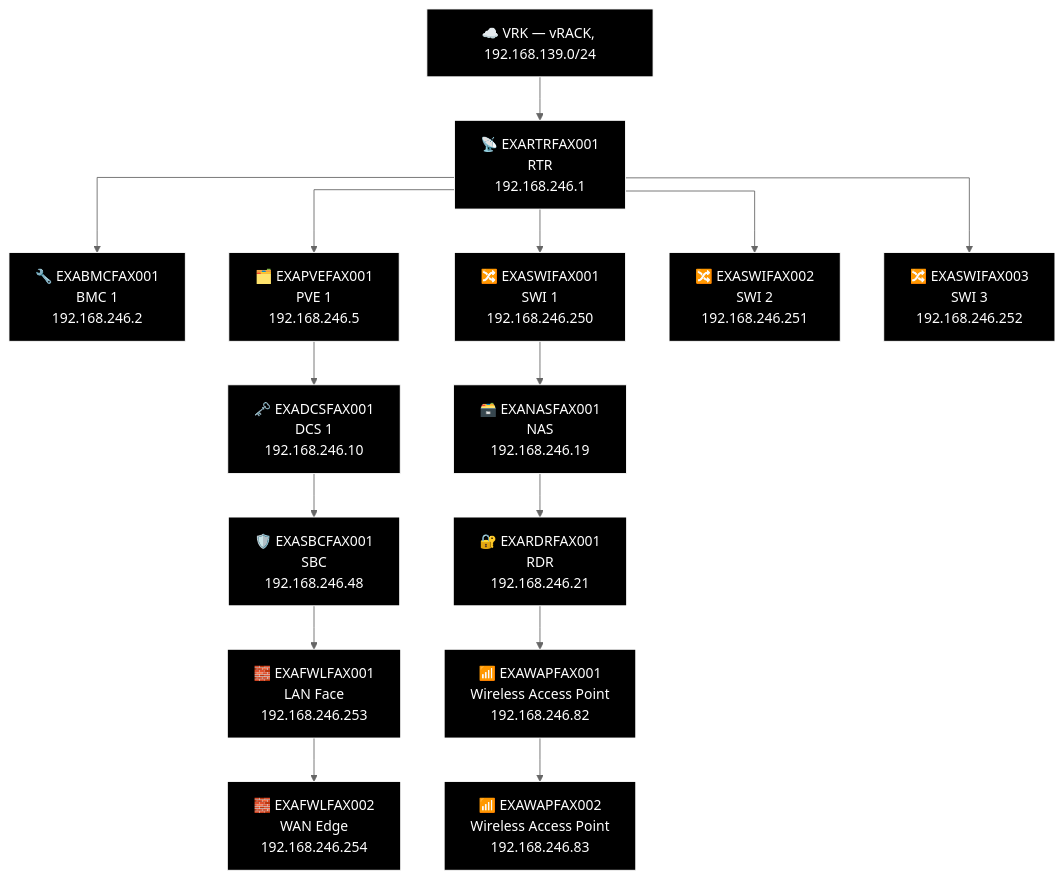
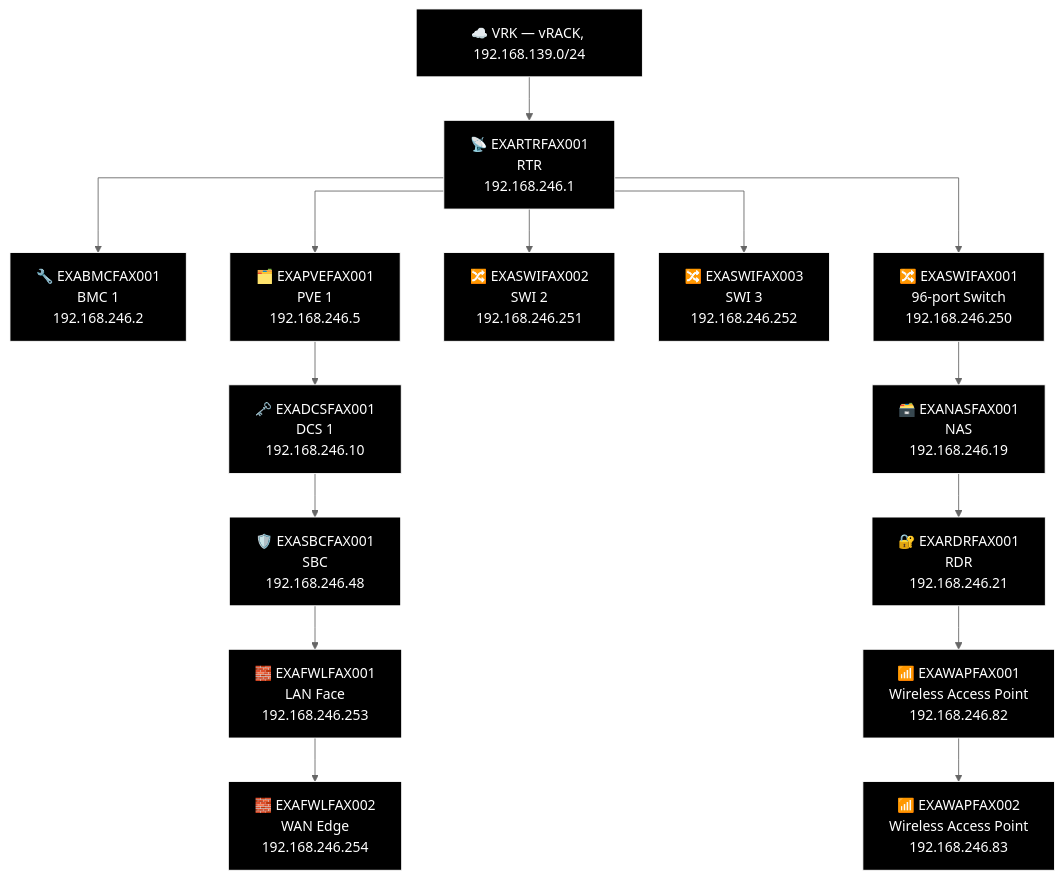
Diagram 11 of 23 in docs/network-diagram/danmark.md (knightmare2600/example_music_infra), drawn with Mermaid (neutral theme) before and after one commit. The commit also changed other lines of this file and 20 other files, not shown here.

````diff
--- a/docs/network-diagram/danmark.md
+++ b/docs/network-diagram/danmark.md
@@ -511,44 +511,44 @@
 ```mermaid
 %% GENERATED:TOPOLOGY:FAX:START
 %%{init: {'flowchart': {'curve': 'stepAfter'}}}%%
 graph TD
     T_VRK["☁️ VRK — vRACK, 192.168.139.0/24"]
     T_RTR["📡 EXARTRFAX001<br/>RTR<br/>192.168.246.1"]
     T_VRK --> T_RTR
     T_BMC["🔧 EXABMCFAX001<br/>BMC 1<br/>192.168.246.2"]
     T_RTR --> T_BMC
     T_PVE["🗂️ EXAPVEFAX001<br/>PVE 1<br/>192.168.246.5"]
     T_RTR --> T_PVE
-    T_SWI["🔀 EXASWIFAX001<br/>SWI 1<br/>192.168.246.250"]
+    T_SWI["🔀 EXASWIFAX002<br/>SWI 2<br/>192.168.246.251"]
     T_RTR --> T_SWI
-    T_SWI2["🔀 EXASWIFAX002<br/>SWI 2<br/>192.168.246.251"]
+    T_SWI2["🔀 EXASWIFAX003<br/>SWI 3<br/>192.168.246.252"]
     T_RTR --> T_SWI2
-    T_SWI3["🔀 EXASWIFAX003<br/>SWI 3<br/>192.168.246.252"]
+    T_SWI3["🔀 EXASWIFAX001<br/>96-port Switch<br/>192.168.246.250"]
     T_RTR --> T_SWI3
     T_NAS["🗃️ EXANASFAX001<br/>NAS<br/>192.168.246.19"]
     T_RDR["🔐 EXARDRFAX001<br/>RDR<br/>192.168.246.21"]
     T_WAP["📶 EXAWAPFAX001<br/>Wireless Access Point<br/>192.168.246.82"]
     T_WAP2["📶 EXAWAPFAX002<br/>Wireless Access Point<br/>192.168.246.83"]
-    T_SWI --> T_NAS --> T_RDR --> T_WAP --> T_WAP2
+    T_SWI3 --> T_NAS --> T_RDR --> T_WAP --> T_WAP2
     T_DCS["🗝️ EXADCSFAX001<br/>DCS 1<br/>192.168.246.10"]
     T_SBC["🛡️ EXASBCFAX001<br/>SBC<br/>192.168.246.48"]
     T_FWL["🧱 EXAFWLFAX001<br/>LAN Face<br/>192.168.246.253"]
     T_FWL2["🧱 EXAFWLFAX002<br/>WAN Edge<br/>192.168.246.254"]
     T_PVE --> T_DCS --> T_SBC --> T_FWL --> T_FWL2
     style T_VRK fill:#000000,stroke:#FFFFFF,color:#FFFFFF
     style T_RTR fill:#000000,stroke:#FFFFFF,color:#FFFFFF
     style T_BMC fill:#000000,stroke:#FFFFFF,color:#FFFFFF
     style T_PVE fill:#000000,stroke:#FFFFFF,color:#FFFFFF
     style T_SWI fill:#000000,stroke:#FFFFFF,color:#FFFFFF
     style T_SWI2 fill:#000000,stroke:#FFFFFF,color:#FFFFFF
     style T_SWI3 fill:#000000,stroke:#FFFFFF,color:#FFFFFF
     style T_NAS fill:#000000,stroke:#FFFFFF,color:#FFFFFF
     style T_RDR fill:#000000,stroke:#FFFFFF,color:#FFFFFF
     style T_WAP fill:#000000,stroke:#FFFFFF,color:#FFFFFF
     style T_WAP2 fill:#000000,stroke:#FFFFFF,color:#FFFFFF
     style T_DCS fill:#000000,stroke:#FFFFFF,color:#FFFFFF
     style T_SBC fill:#000000,stroke:#FFFFFF,color:#FFFFFF
     style T_FWL fill:#000000,stroke:#FFFFFF,color:#FFFFFF
     style T_FWL2 fill:#000000,stroke:#FFFFFF,color:#FFFFFF
 %% GENERATED:TOPOLOGY:FAX:END
 ```
````
